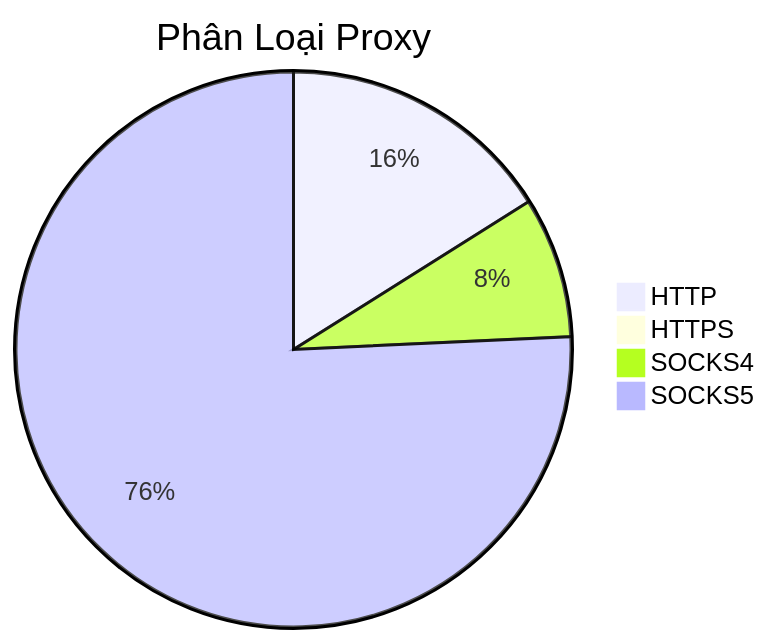
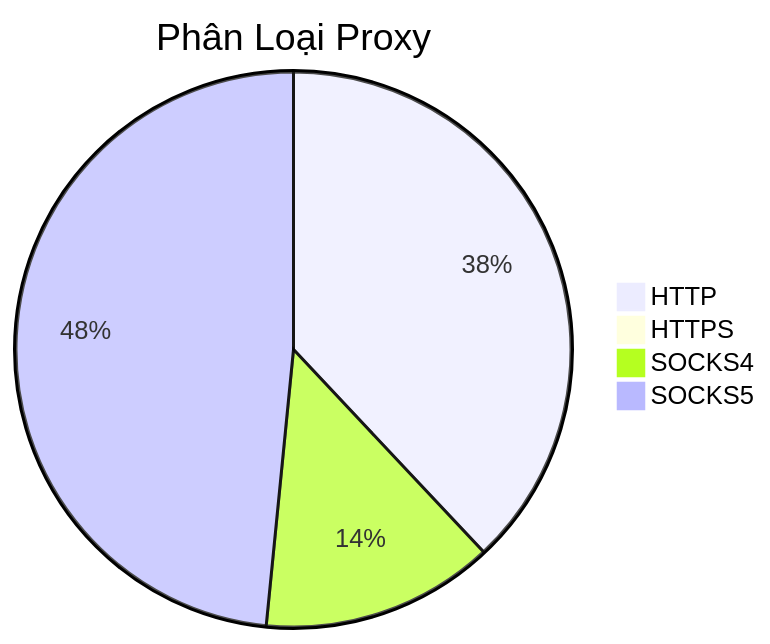
The diagram in README.md (Ciara-Aa/PROXY-free), drawn with Mermaid before and after one commit. The commit also changed other lines of this file and 4 other files, not shown here.

````diff
--- a/README.md
+++ b/README.md
@@ -26,7 +26,7 @@
 ```mermaid
 pie title Phân Loại Proxy
-    "HTTP" : 404
-    "HTTPS" : 0
-    "SOCKS4" : 206
-    "SOCKS5" : 1904
+    "HTTP" : 521
+    "HTTPS" : 1
+    "SOCKS4" : 186
+    "SOCKS5" : 664
 ```
````
